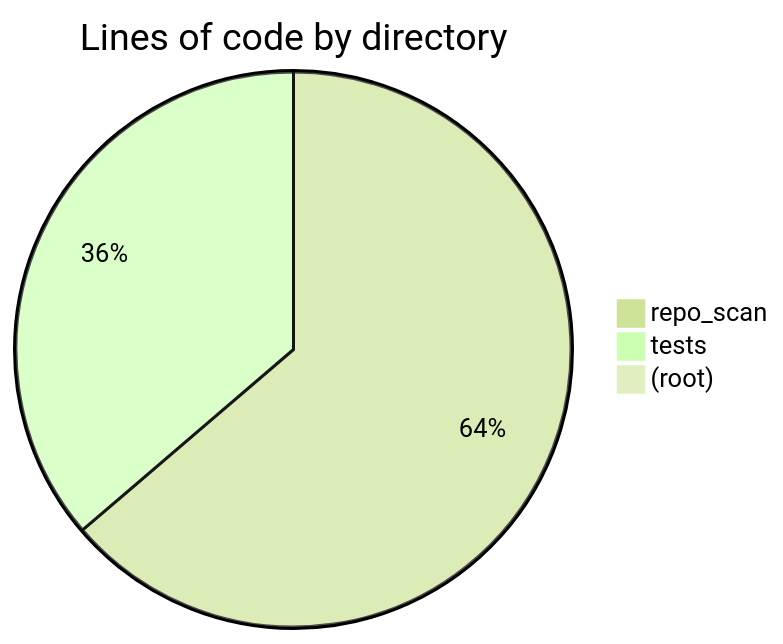
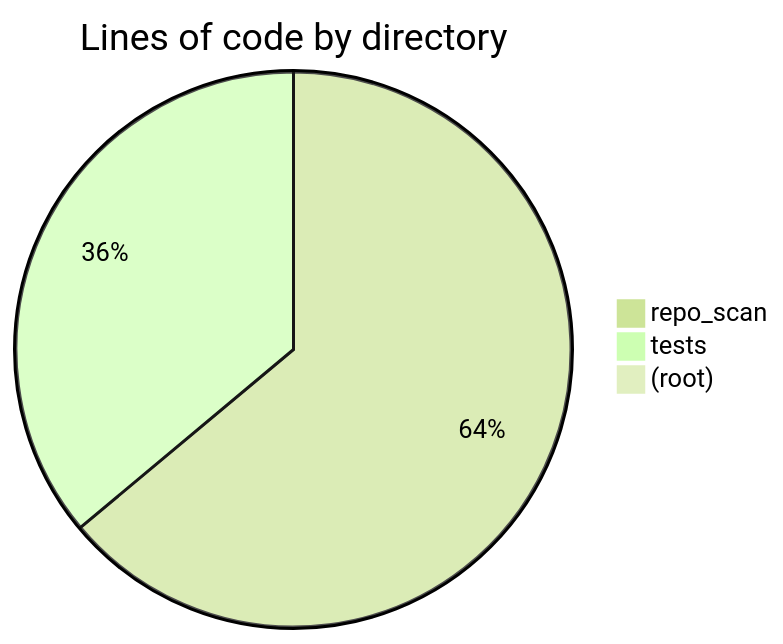
The first of 2 diagrams in docs/reports/health.md (hhleroy97/repo-scan), drawn with Mermaid (forest theme) before and after one commit. The commit also changed other lines of this file and 40 other files, not shown here.

First line of the commit message:
radar: implement tkt-0026 — Split repo_scan/tickets.py (654 lines) (#16)

````diff
--- a/docs/reports/health.md
+++ b/docs/reports/health.md
@@ -6,6 +6,6 @@
 ```mermaid
 pie title Lines of code by directory
-    "repo_scan" : 7742
-    "tests" : 4405
+    "repo_scan" : 8258
+    "tests" : 4661
     "(root)" : 16
 ```
````
